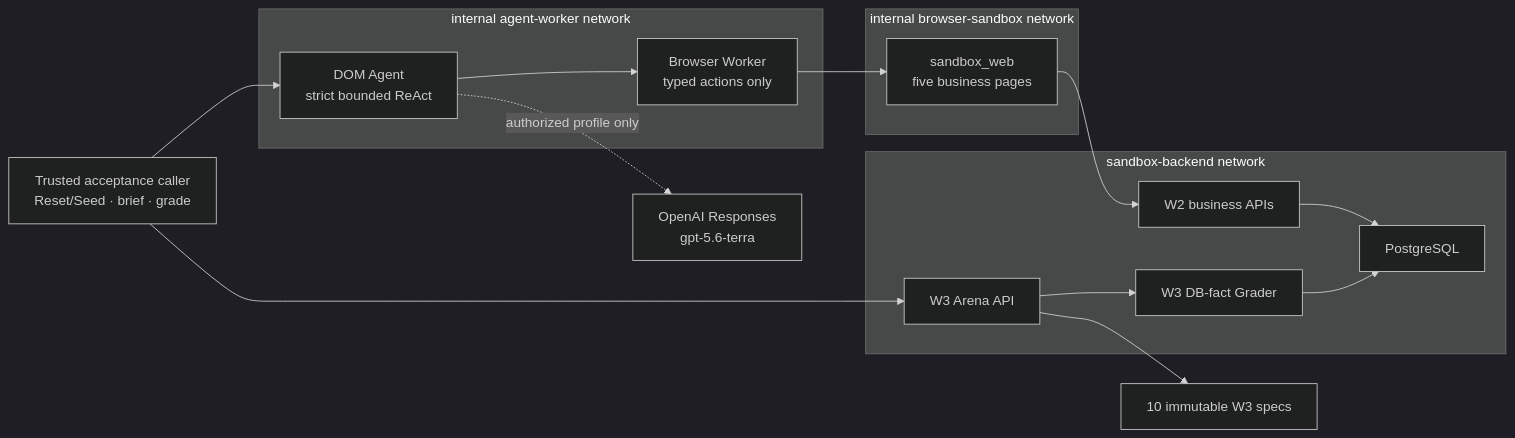
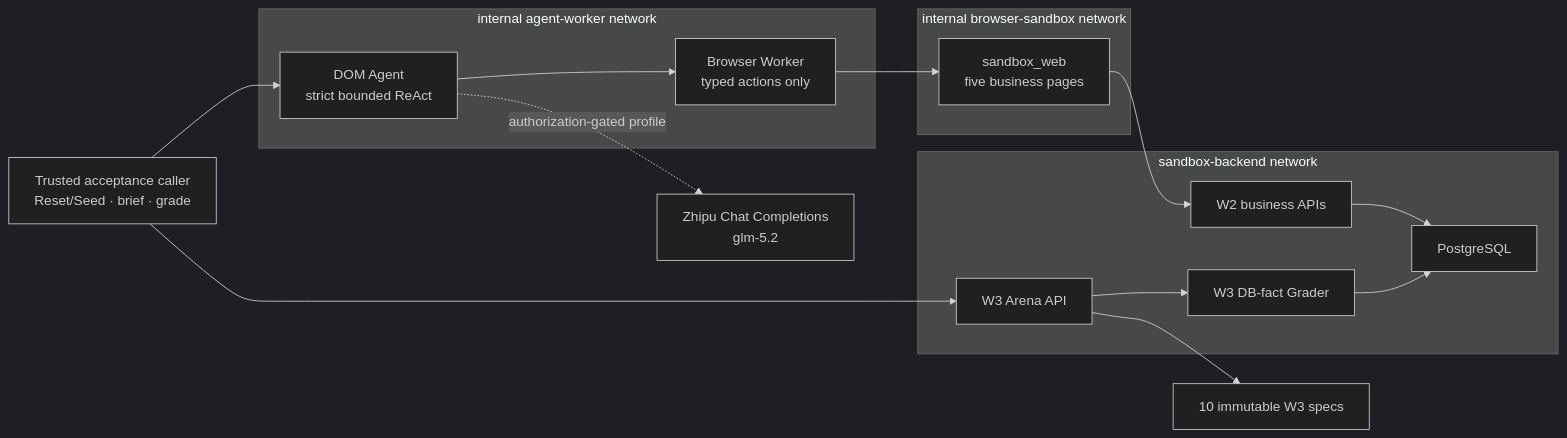
The diagram in docs/architecture.md (taka-wzx/flowpilot-arena), drawn with Mermaid (dark theme) before and after one commit. The commit also changed other lines of this file and 19 other files, not shown here.

````diff
--- a/docs/architecture.md
+++ b/docs/architecture.md
@@ -10,29 +10,29 @@
 ```mermaid
 flowchart LR
     Caller["Trusted acceptance caller\nReset/Seed · brief · grade"] --> Arena["W3 Arena API"]
     Caller --> Agent["DOM Agent\nstrict bounded ReAct"]
     Agent --> Worker["Browser Worker\ntyped actions only"]
-    Agent -. "authorized profile only" .-> Provider["OpenAI Responses\ngpt-5.6-terra"]
+    Agent -. "authorization-gated profile" .-> Provider["Zhipu Chat Completions\nglm-5.2"]
     Worker --> Web["sandbox_web\nfive business pages"]
     Web --> Business["W2 business APIs"]
     Arena --> Specs["10 immutable W3 specs"]
     Arena --> Grader["W3 DB-fact Grader"]
     Business --> DB["PostgreSQL"]
     Grader --> DB
 
     subgraph AgentNetwork["internal agent-worker network"]
         Agent
         Worker
     end
     subgraph BrowserNetwork["internal browser-sandbox network"]
         Worker
         Web
     end
     subgraph SandboxNetwork["sandbox-backend network"]
         Web
         Business
         Arena
         Grader
         DB
     end
 ```
````
